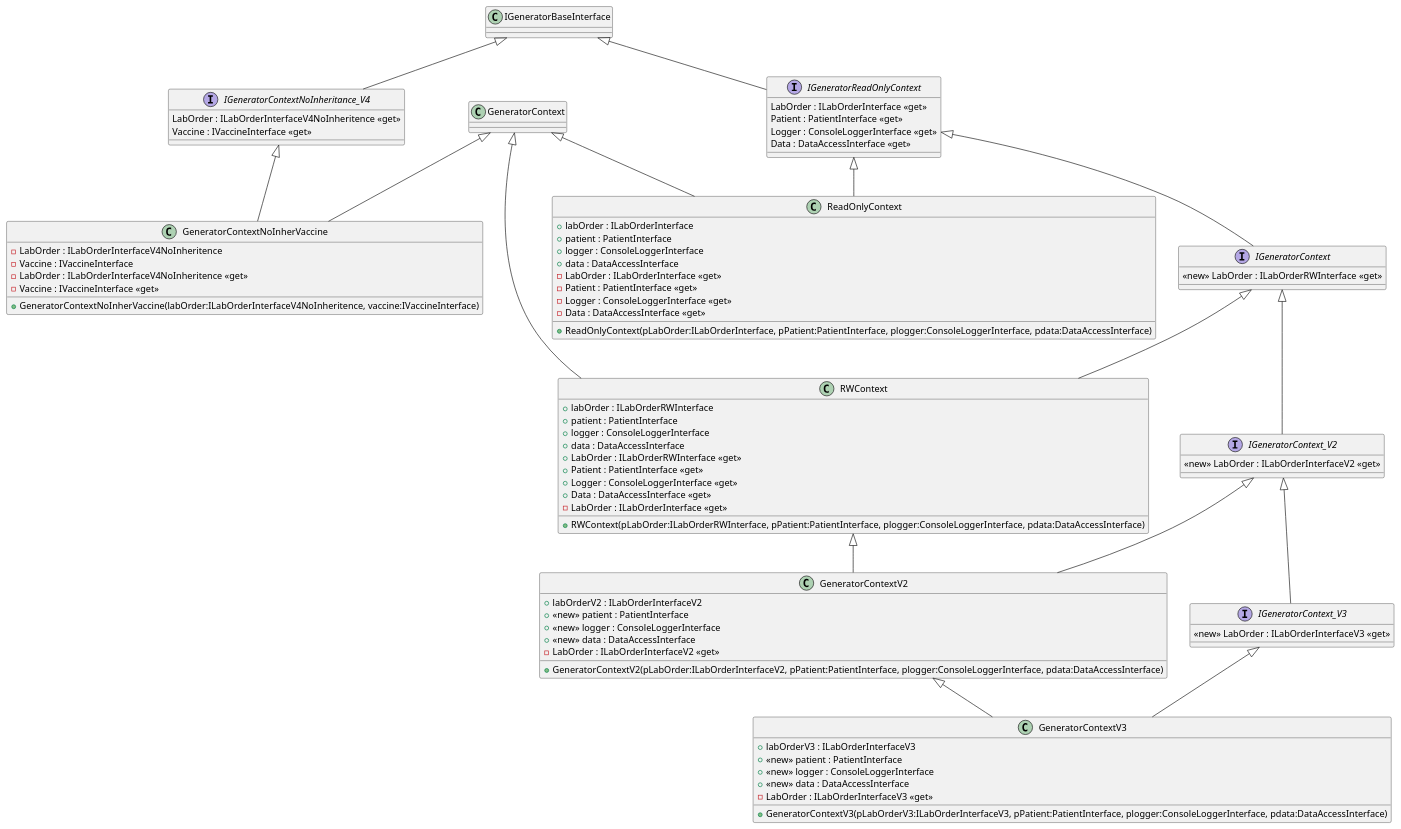
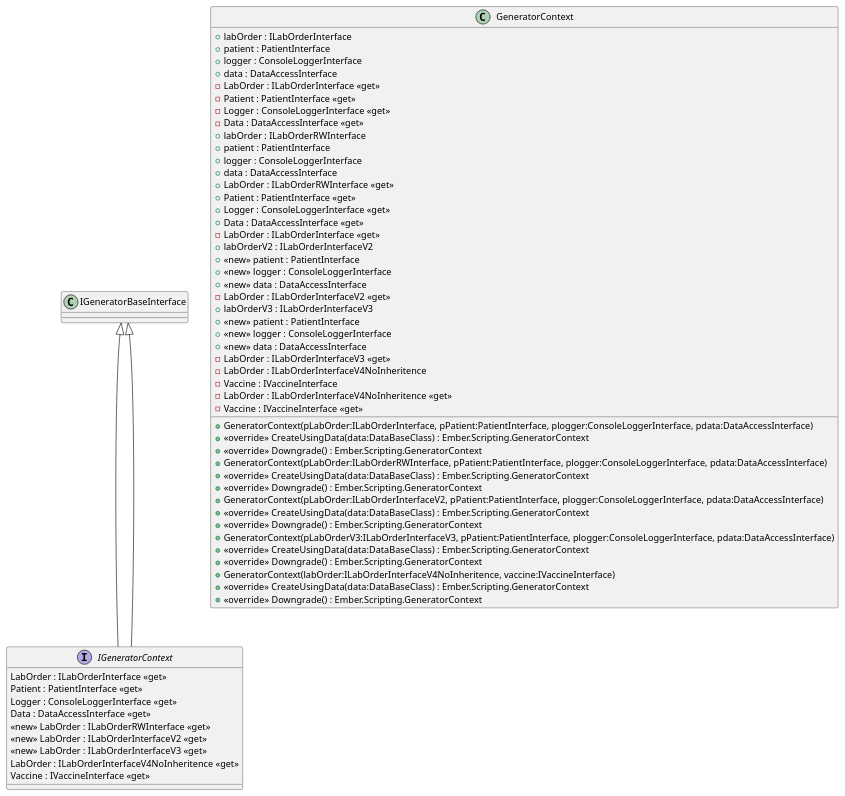
Before and after one commit to conrad-gilles/Scripting-Proof-of-Concept: the diagram in diagrams/sandbox/src/ScriptingFramework/GeneratorContexts.puml, drawn with PlantUML. The commit also changed 19 other files, not shown here.

```diff
--- a/diagrams/sandbox/src/ScriptingFramework/GeneratorContexts.puml
+++ b/diagrams/sandbox/src/ScriptingFramework/GeneratorContexts.puml
@@ -1,82 +1,79 @@
 @startuml
-interface IGeneratorReadOnlyContext {
+interface IGeneratorContext {
     LabOrder : ILabOrderInterface <<get>>
     Patient : PatientInterface <<get>>
     Logger : ConsoleLoggerInterface <<get>>
     Data : DataAccessInterface <<get>>
 }
 interface IGeneratorContext {
     <<new>> LabOrder : ILabOrderRWInterface <<get>>
 }
-interface IGeneratorContext_V2 {
+interface IGeneratorContext {
     <<new>> LabOrder : ILabOrderInterfaceV2 <<get>>
 }
-interface IGeneratorContext_V3 {
+interface IGeneratorContext {
     <<new>> LabOrder : ILabOrderInterfaceV3 <<get>>
 }
-interface IGeneratorContextNoInheritance_V4 {
+interface IGeneratorContext {
     LabOrder : ILabOrderInterfaceV4NoInheritence <<get>>
     Vaccine : IVaccineInterface <<get>>
 }
-class ReadOnlyContext {
+class GeneratorContext {
     + labOrder : ILabOrderInterface
     + patient : PatientInterface
     + logger : ConsoleLoggerInterface
     + data : DataAccessInterface
-    + ReadOnlyContext(pLabOrder:ILabOrderInterface, pPatient:PatientInterface, plogger:ConsoleLoggerInterface, pdata:DataAccessInterface)
+    + GeneratorContext(pLabOrder:ILabOrderInterface, pPatient:PatientInterface, plogger:ConsoleLoggerInterface, pdata:DataAccessInterface)
     - LabOrder : ILabOrderInterface <<get>>
     - Patient : PatientInterface <<get>>
     - Logger : ConsoleLoggerInterface <<get>>
     - Data : DataAccessInterface <<get>>
+    + <<override>> CreateUsingData(data:DataBaseClass) : Ember.Scripting.GeneratorContext
+    + <<override>> Downgrade() : Ember.Scripting.GeneratorContext
 }
-class RWContext {
+class GeneratorContext {
     + labOrder : ILabOrderRWInterface
     + patient : PatientInterface
     + logger : ConsoleLoggerInterface
     + data : DataAccessInterface
-    + RWContext(pLabOrder:ILabOrderRWInterface, pPatient:PatientInterface, plogger:ConsoleLoggerInterface, pdata:DataAccessInterface)
+    + GeneratorContext(pLabOrder:ILabOrderRWInterface, pPatient:PatientInterface, plogger:ConsoleLoggerInterface, pdata:DataAccessInterface)
     + LabOrder : ILabOrderRWInterface <<get>>
     + Patient : PatientInterface <<get>>
     + Logger : ConsoleLoggerInterface <<get>>
     + Data : DataAccessInterface <<get>>
     - LabOrder : ILabOrderInterface <<get>>
+    + <<override>> CreateUsingData(data:DataBaseClass) : Ember.Scripting.GeneratorContext
+    + <<override>> Downgrade() : Ember.Scripting.GeneratorContext
 }
-class GeneratorContextV2 {
+class GeneratorContext {
     + labOrderV2 : ILabOrderInterfaceV2
     + <<new>> patient : PatientInterface
     + <<new>> logger : ConsoleLoggerInterface
     + <<new>> data : DataAccessInterface
-    + GeneratorContextV2(pLabOrder:ILabOrderInterfaceV2, pPatient:PatientInterface, plogger:ConsoleLoggerInterface, pdata:DataAccessInterface)
+    + GeneratorContext(pLabOrder:ILabOrderInterfaceV2, pPatient:PatientInterface, plogger:ConsoleLoggerInterface, pdata:DataAccessInterface)
     - LabOrder : ILabOrderInterfaceV2 <<get>>
+    + <<override>> CreateUsingData(data:DataBaseClass) : Ember.Scripting.GeneratorContext
+    + <<override>> Downgrade() : Ember.Scripting.GeneratorContext
 }
-class GeneratorContextV3 {
+class GeneratorContext {
     + labOrderV3 : ILabOrderInterfaceV3
     + <<new>> patient : PatientInterface
     + <<new>> logger : ConsoleLoggerInterface
     + <<new>> data : DataAccessInterface
-    + GeneratorContextV3(pLabOrderV3:ILabOrderInterfaceV3, pPatient:PatientInterface, plogger:ConsoleLoggerInterface, pdata:DataAccessInterface)
+    + GeneratorContext(pLabOrderV3:ILabOrderInterfaceV3, pPatient:PatientInterface, plogger:ConsoleLoggerInterface, pdata:DataAccessInterface)
     - LabOrder : ILabOrderInterfaceV3 <<get>>
+    + <<override>> CreateUsingData(data:DataBaseClass) : Ember.Scripting.GeneratorContext
+    + <<override>> Downgrade() : Ember.Scripting.GeneratorContext
 }
-class GeneratorContextNoInherVaccine {
+class GeneratorContext {
     - LabOrder : ILabOrderInterfaceV4NoInheritence
     - Vaccine : IVaccineInterface
-    + GeneratorContextNoInherVaccine(labOrder:ILabOrderInterfaceV4NoInheritence, vaccine:IVaccineInterface)
+    + GeneratorContext(labOrder:ILabOrderInterfaceV4NoInheritence, vaccine:IVaccineInterface)
     - LabOrder : ILabOrderInterfaceV4NoInheritence <<get>>
     - Vaccine : IVaccineInterface <<get>>
+    + <<override>> CreateUsingData(data:DataBaseClass) : Ember.Scripting.GeneratorContext
+    + <<override>> Downgrade() : Ember.Scripting.GeneratorContext
 }
-IGeneratorBaseInterface <|-- IGeneratorReadOnlyContext
-IGeneratorReadOnlyContext <|-- IGeneratorContext
-IGeneratorContext <|-- IGeneratorContext_V2
-IGeneratorContext_V2 <|-- IGeneratorContext_V3
-IGeneratorBaseInterface <|-- IGeneratorContextNoInheritance_V4
-GeneratorContext <|-- ReadOnlyContext
-IGeneratorReadOnlyContext <|-- ReadOnlyContext
-GeneratorContext <|-- RWContext
-IGeneratorContext <|-- RWContext
-RWContext <|-- GeneratorContextV2
-IGeneratorContext_V2 <|-- GeneratorContextV2
-GeneratorContextV2 <|-- GeneratorContextV3
-IGeneratorContext_V3 <|-- GeneratorContextV3
-GeneratorContext <|-- GeneratorContextNoInherVaccine
-IGeneratorContextNoInheritance_V4 <|-- GeneratorContextNoInherVaccine
+IGeneratorBaseInterface <|-- IGeneratorContext
+IGeneratorBaseInterface <|-- IGeneratorContext
 @enduml
```
